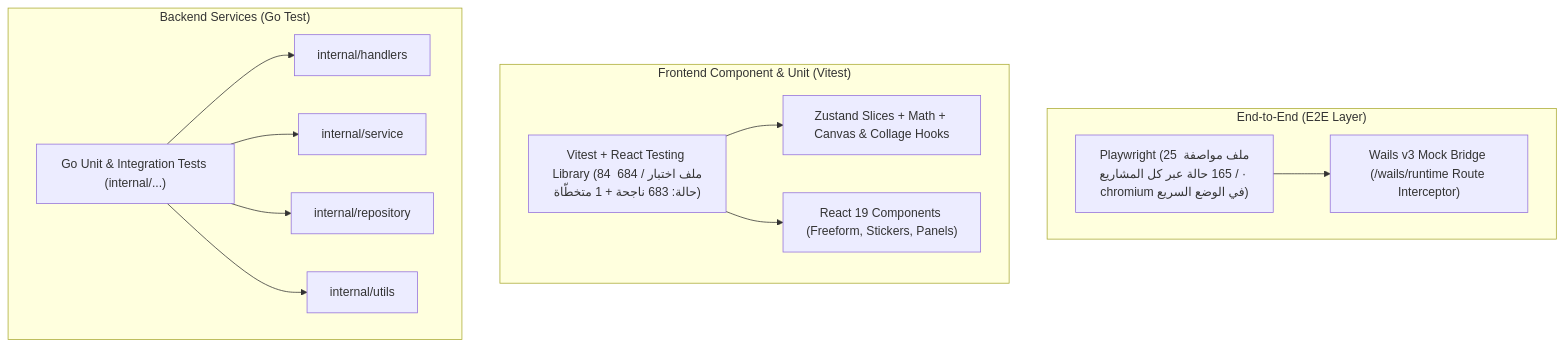
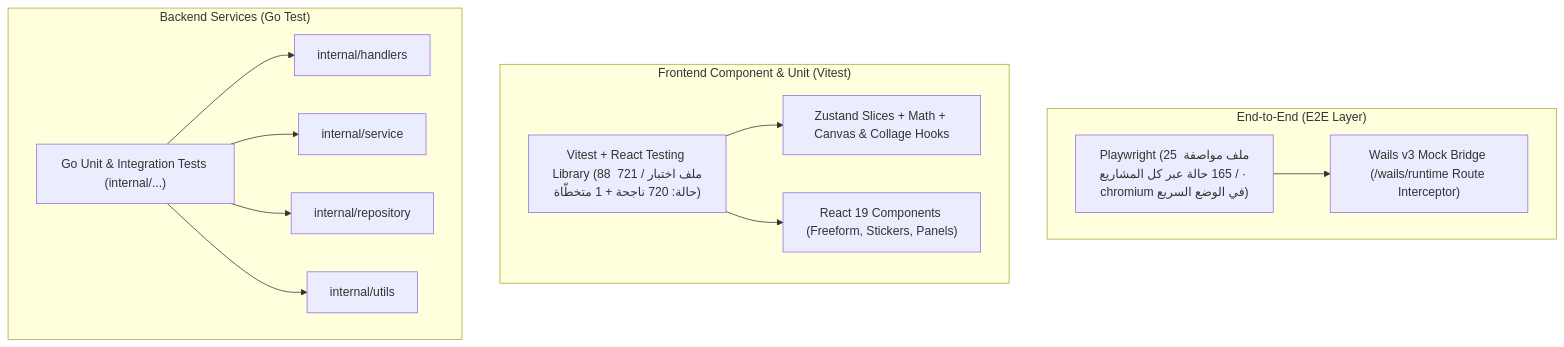
One commit to wisam79/grido changed the diagram in docs/testing_guide.md. Above: the diagram before and after it, drawn with Mermaid. The commit also changed 24 other files, not shown here.

````diff
--- a/docs/testing_guide.md
+++ b/docs/testing_guide.md
@@ -11,28 +11,28 @@
 ```mermaid
 flowchart TD
     subgraph E2E ["End-to-End (E2E Layer)"]
         PW["Playwright (25 ملف مواصفة / 165 حالة عبر كل المشاريع · chromium في الوضع السريع)"]
         Bridge["Wails v3 Mock Bridge (/wails/runtime Route Interceptor)"]
         PW --> Bridge
     end
 
     subgraph FE ["Frontend Component & Unit (Vitest)"]
-        VTests["Vitest + React Testing Library (84 ملف اختبار / 684 حالة: 683 ناجحة + 1 متخطّاة)"]
+        VTests["Vitest + React Testing Library (88 ملف اختبار / 721 حالة: 720 ناجحة + 1 متخطّاة)"]
         Zustand["Zustand Slices + Math + Canvas & Collage Hooks"]
         Comps["React 19 Components (Freeform, Stickers, Panels)"]
         VTests --> Zustand
         VTests --> Comps
     end
 
     subgraph BE ["Backend Services (Go Test)"]
         GoTests["Go Unit & Integration Tests (internal/...)"]
         Handlers["internal/handlers"]
         Services["internal/service"]
         Repo["internal/repository"]
         Utils["internal/utils"]
         GoTests --> Handlers
         GoTests --> Services
         GoTests --> Repo
         GoTests --> Utils
     end
 ```
````
